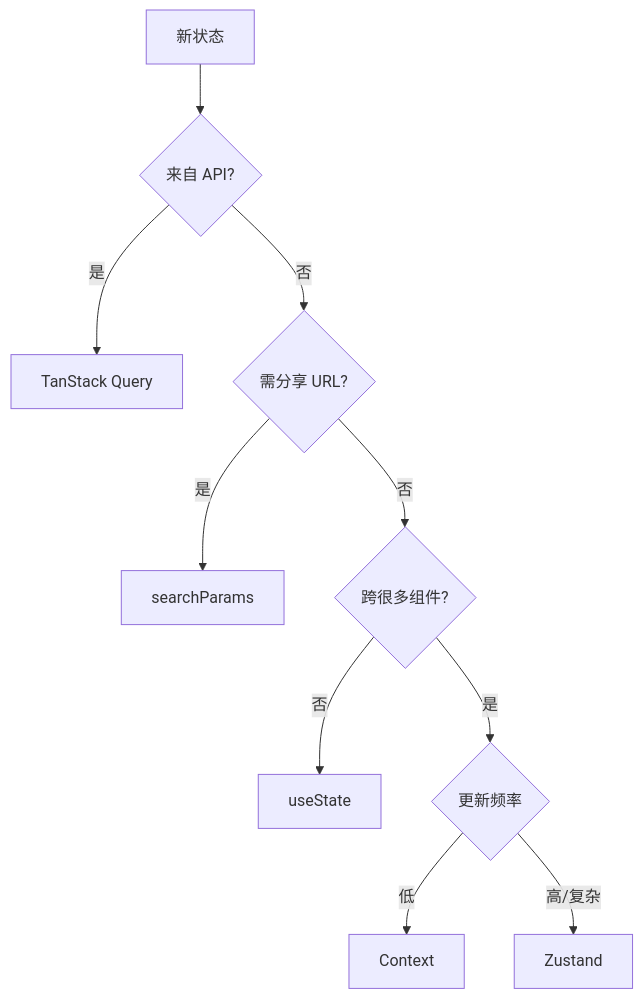
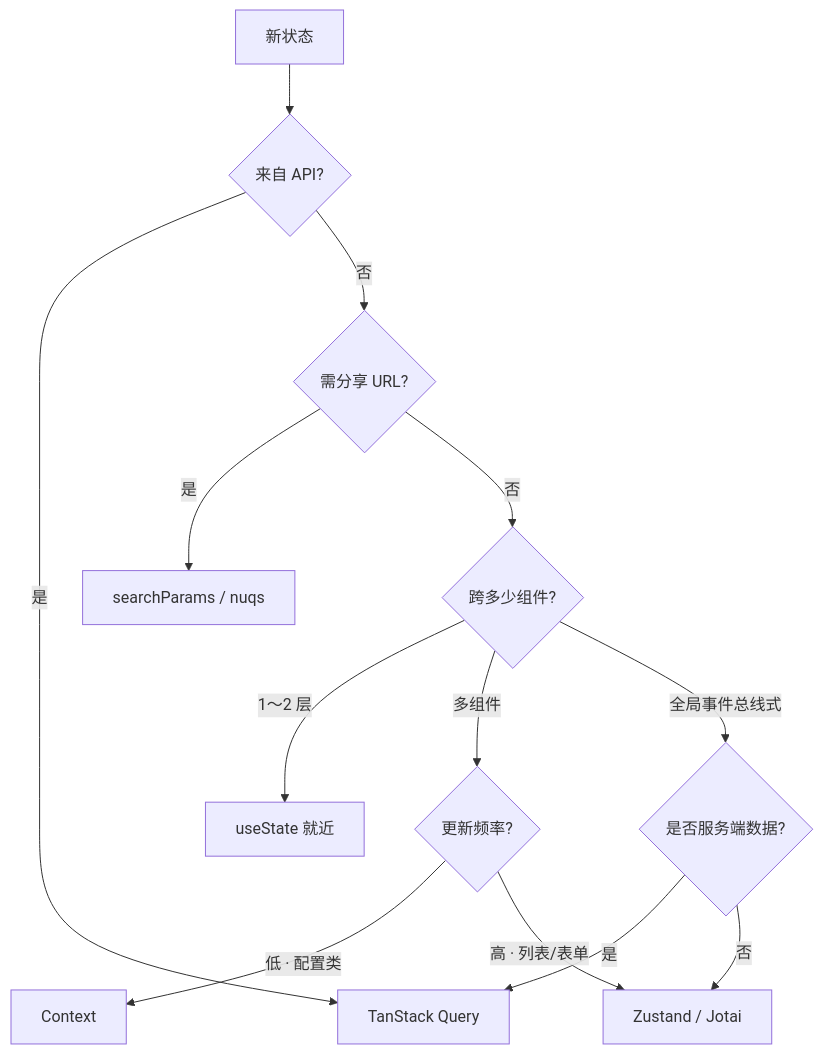
One commit to YancyZ/Knowledge-base changed the second of 2 diagrams in 前端框架篇/React/08-状态管理/01-状态分类与放置原则.md. Above: the diagram before and after it, drawn with Mermaid. The commit also changed other lines of this file and 26 other files, not shown here.

````diff
--- a/前端框架篇/React/08-状态管理/01-状态分类与放置原则.md
+++ b/前端框架篇/React/08-状态管理/01-状态分类与放置原则.md
@@ -81,13 +81,16 @@
 ```mermaid
 flowchart TD
   Start[新状态]
   Start --> Q1{来自 API?}
   Q1 -->|是| Query[TanStack Query]
   Q1 -->|否| Q2{需分享 URL?}
-  Q2 -->|是| URL[searchParams]
-  Q2 -->|否| Q3{跨很多组件?}
-  Q3 -->|否| Local[useState]
-  Q3 -->|是| Q4{更新频率}
-  Q4 -->|低| Context
-  Q4 -->|高/复杂| Zustand
+  Q2 -->|是| URL[searchParams / nuqs]
+  Q2 -->|否| Q3{跨多少组件?}
+  Q3 -->|1～2 层| Local[useState 就近]
+  Q3 -->|多组件| Q4{更新频率?}
+  Q4 -->|低 · 配置类| Context[Context]
+  Q4 -->|高 · 列表/表单| Store[Zustand / Jotai]
+  Q3 -->|全局事件总线式| Q5{是否服务端数据?}
+  Q5 -->|是| Query
+  Q5 -->|否| Store
 ```
````
